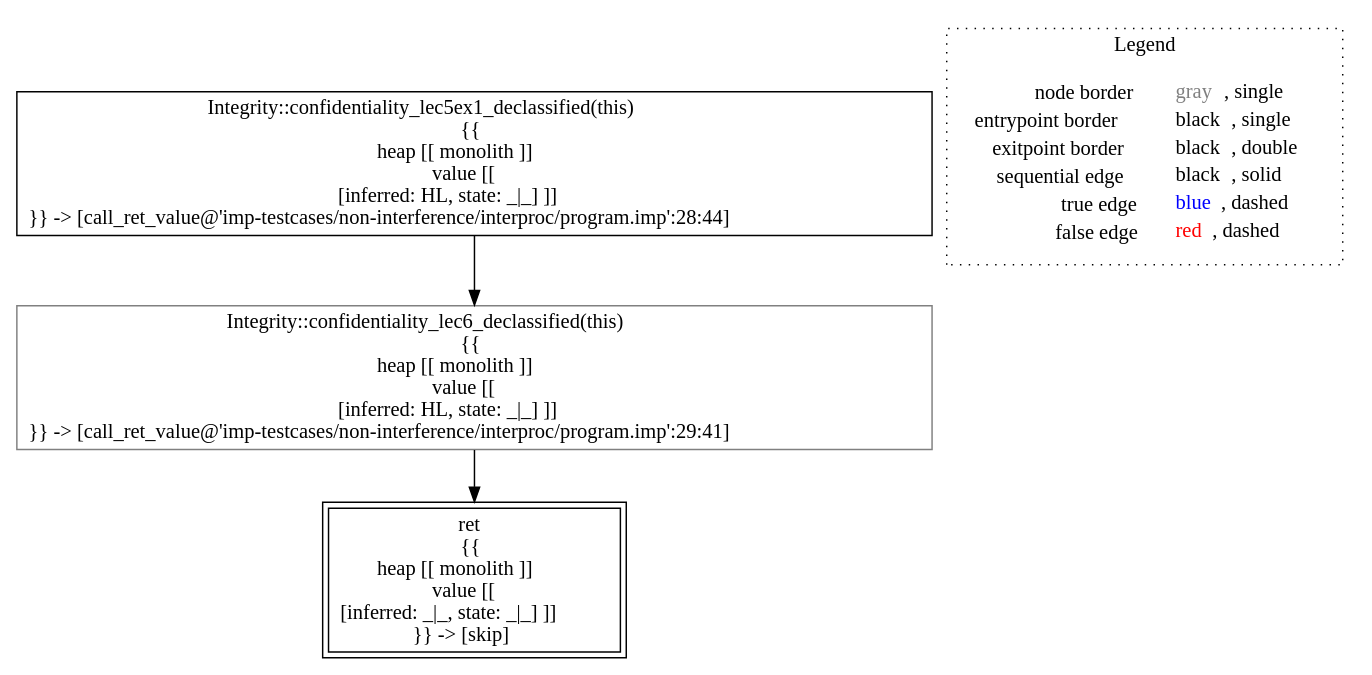
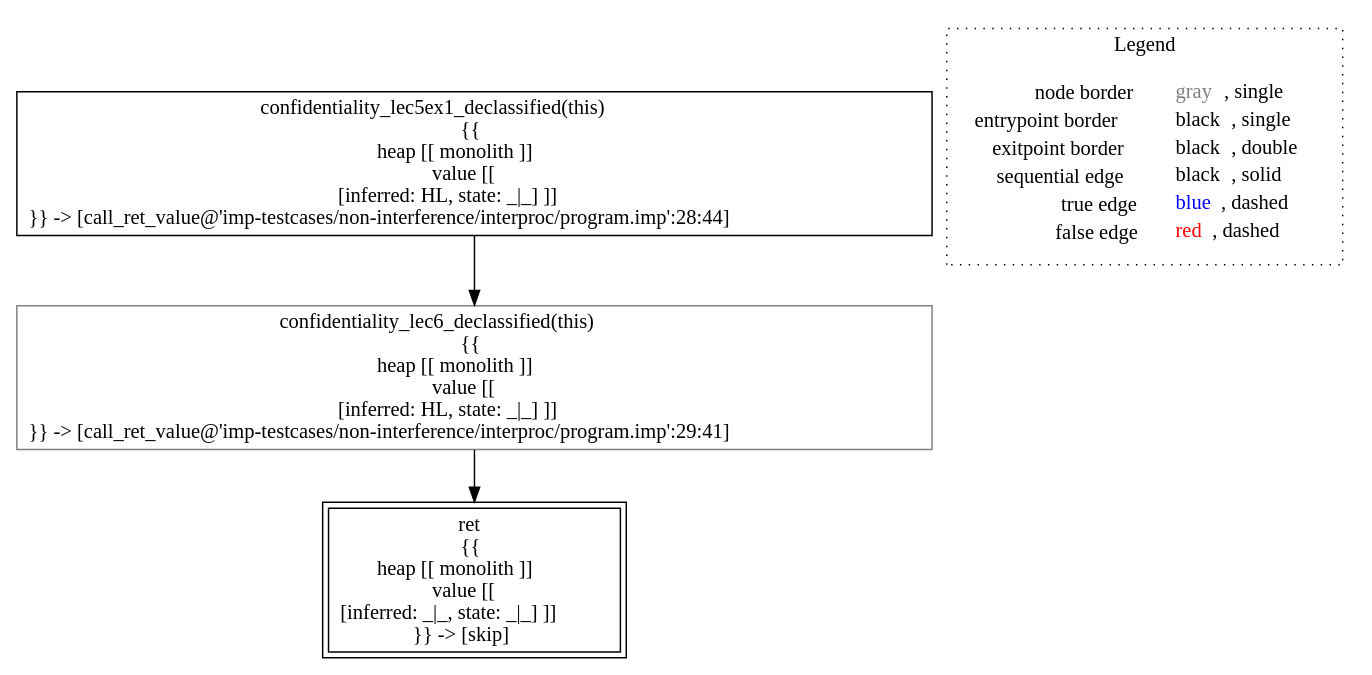
One commit to lisa-analyzer/lisa changed the diagram in lisa/lisa-core/imp-testcases/non-interference/interproc/analysis___untyped_Integrity.main(Integrity__this).dot. Above: the diagram before and after it, drawn with Graphviz. The commit also changed 36 other files, not shown here.

```diff
--- a/lisa/lisa-core/imp-testcases/non-interference/interproc/analysis___untyped_Integrity.main(Integrity__this).dot
+++ b/lisa/lisa-core/imp-testcases/non-interference/interproc/analysis___untyped_Integrity.main(Integrity__this).dot
@@ -1,14 +1,14 @@
 digraph {
-	"node0" [shape="rect",color="black",label=<Integrity::confidentiality_lec5ex1_declassified(this)<BR/>{{<BR/>heap [[ monolith ]]<BR/>value [[ <BR/>[inferred: HL, state: _|_] ]]<BR/>}} -&gt; [call_ret_value@'imp-testcases/non-interference/interproc/program.imp':28:44]>];
-	"node1" [shape="rect",color="black",peripheries="2",label=<ret<BR/>{{<BR/>heap [[ monolith ]]<BR/>value [[ <BR/>[inferred: _|_, state: _|_] ]]<BR/>}} -&gt; [skip]>];
-	"node2" [shape="rect",color="gray",label=<Integrity::confidentiality_lec6_declassified(this)<BR/>{{<BR/>heap [[ monolith ]]<BR/>value [[ <BR/>[inferred: HL, state: _|_] ]]<BR/>}} -&gt; [call_ret_value@'imp-testcases/non-interference/interproc/program.imp':29:41]>];
-	"node0" -> "node2" [color="black"];
-	"node2" -> "node1" [color="black"];
+	"node0" [shape="rect",color="black",label=<confidentiality_lec5ex1_declassified(this)<BR/>{{<BR/>heap [[ monolith ]]<BR/>value [[ <BR/>[inferred: HL, state: _|_] ]]<BR/>}} -&gt; [call_ret_value@'imp-testcases/non-interference/interproc/program.imp':28:44]>];
+	"node1" [shape="rect",color="gray",label=<confidentiality_lec6_declassified(this)<BR/>{{<BR/>heap [[ monolith ]]<BR/>value [[ <BR/>[inferred: HL, state: _|_] ]]<BR/>}} -&gt; [call_ret_value@'imp-testcases/non-interference/interproc/program.imp':29:41]>];
+	"node2" [shape="rect",color="black",peripheries="2",label=<ret<BR/>{{<BR/>heap [[ monolith ]]<BR/>value [[ <BR/>[inferred: _|_, state: _|_] ]]<BR/>}} -&gt; [skip]>];
+	"node1" -> "node2" [color="black"];
+	"node0" -> "node1" [color="black"];
 subgraph cluster_legend {
 	label="Legend";
 	style=dotted;
 	node [shape=plaintext];
 	"legend" [label=<<table border="0" cellpadding="2" cellspacing="0" cellborder="0"><tr><td align="right">node border&nbsp;</td><td align="left"><font color="gray">gray</font>, single</td></tr><tr><td align="right">entrypoint border&nbsp;</td><td align="left"><font color="black">black</font>, single</td></tr><tr><td align="right">exitpoint border&nbsp;</td><td align="left"><font color="black">black</font>, double</td></tr><tr><td align="right">sequential edge&nbsp;</td><td align="left"><font color="black">black</font>, solid</td></tr><tr><td align="right">true edge&nbsp;</td><td align="left"><font color="blue">blue</font>, dashed</td></tr><tr><td align="right">false edge&nbsp;</td><td align="left"><font color="red">red</font>, dashed</td></tr></table>>];
 }
 
 }
```
